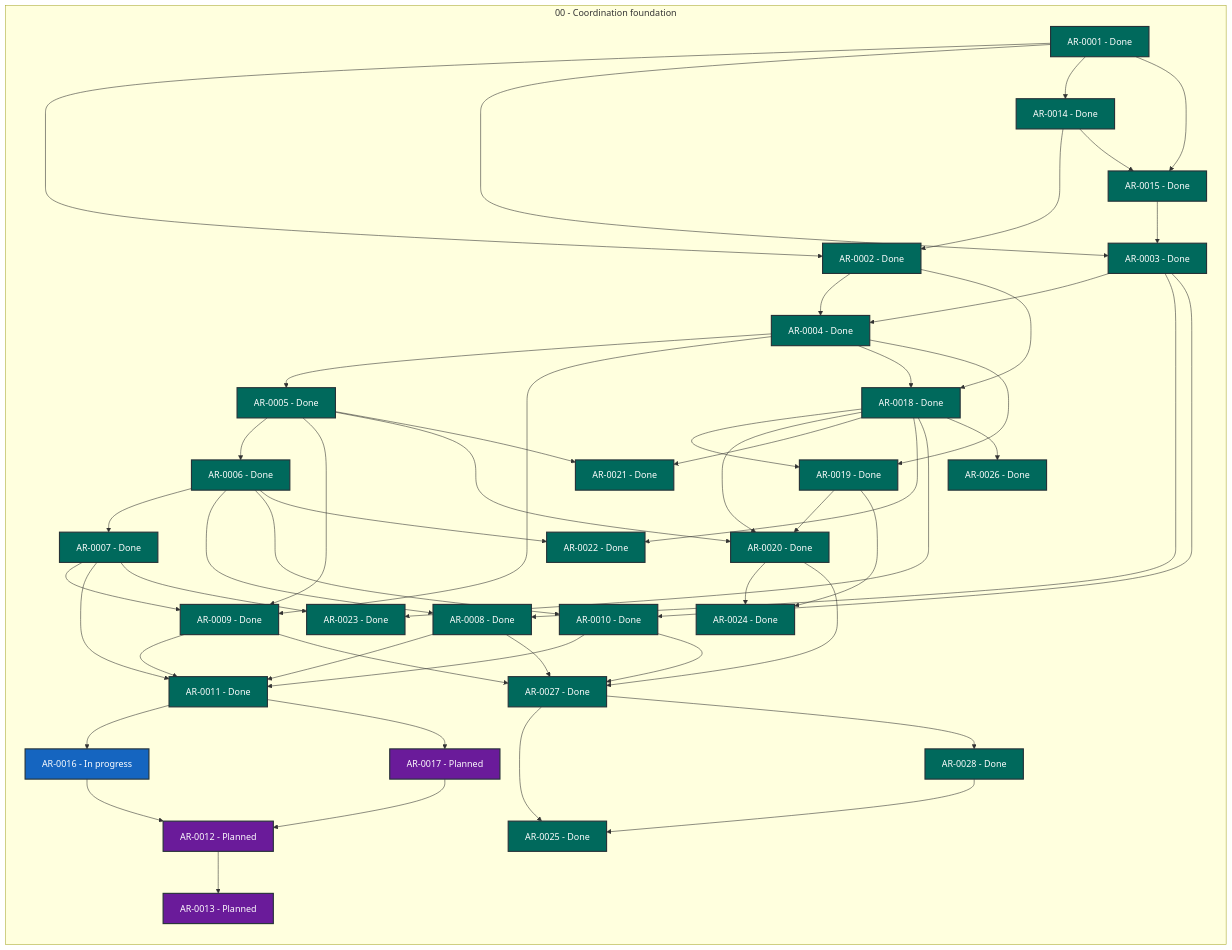
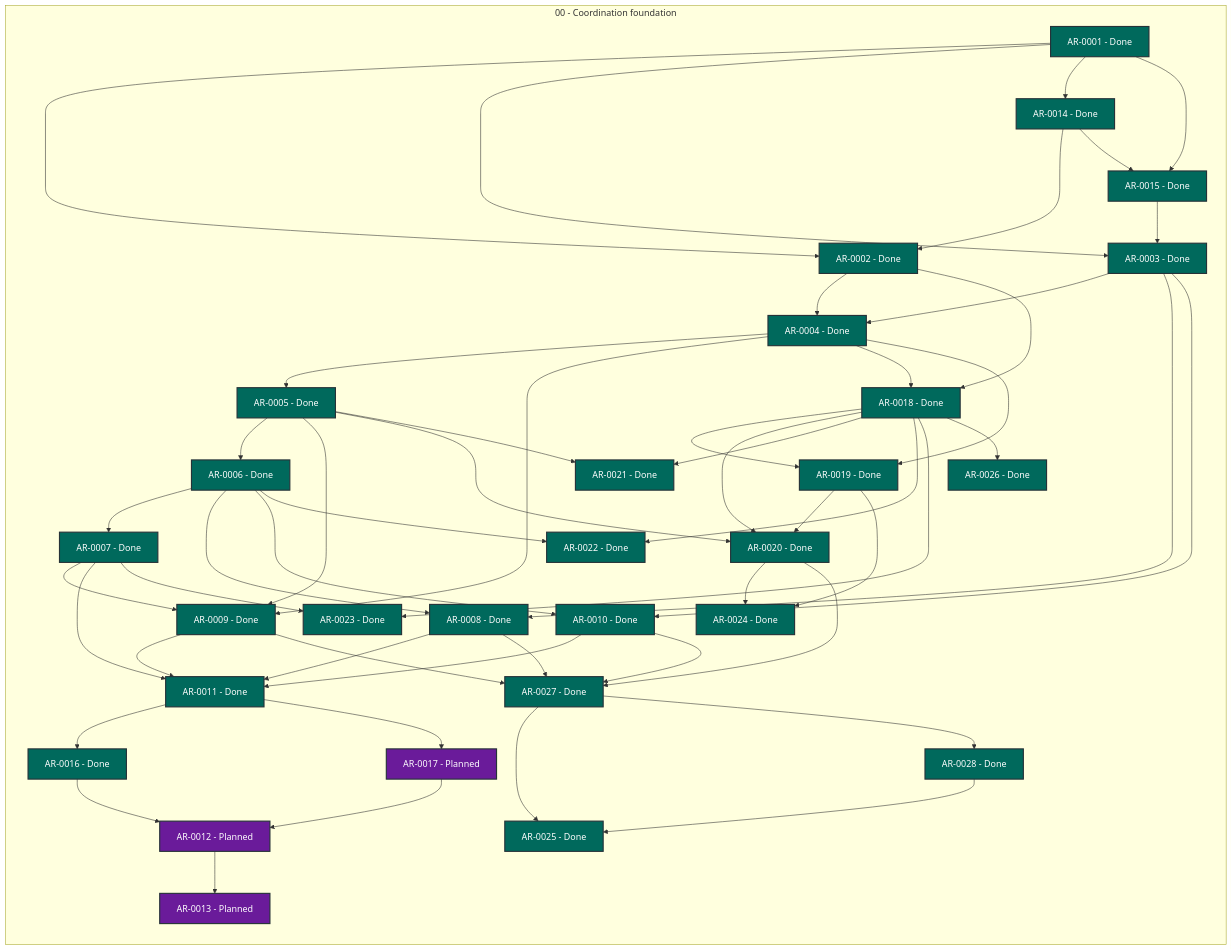
Before and after one commit to martin-beck/agent-workflow-tui-state: the diagram in STATUS.md, drawn with Mermaid. The commit also changed other lines of this file and 2 other files, not shown here.

```diff
--- a/STATUS.md
+++ b/STATUS.md
@@ -43,7 +43,7 @@
         AR_0013["AR-0013 - Planned"]:::status_planned
         AR_0014["AR-0014 - Done"]:::status_done
         AR_0015["AR-0015 - Done"]:::status_done
-        AR_0016["AR-0016 - In progress"]:::status_in_progress
+        AR_0016["AR-0016 - Done"]:::status_done
         AR_0017["AR-0017 - Planned"]:::status_planned
         AR_0018["AR-0018 - Done"]:::status_done
         AR_0019["AR-0019 - Done"]:::status_done
```
